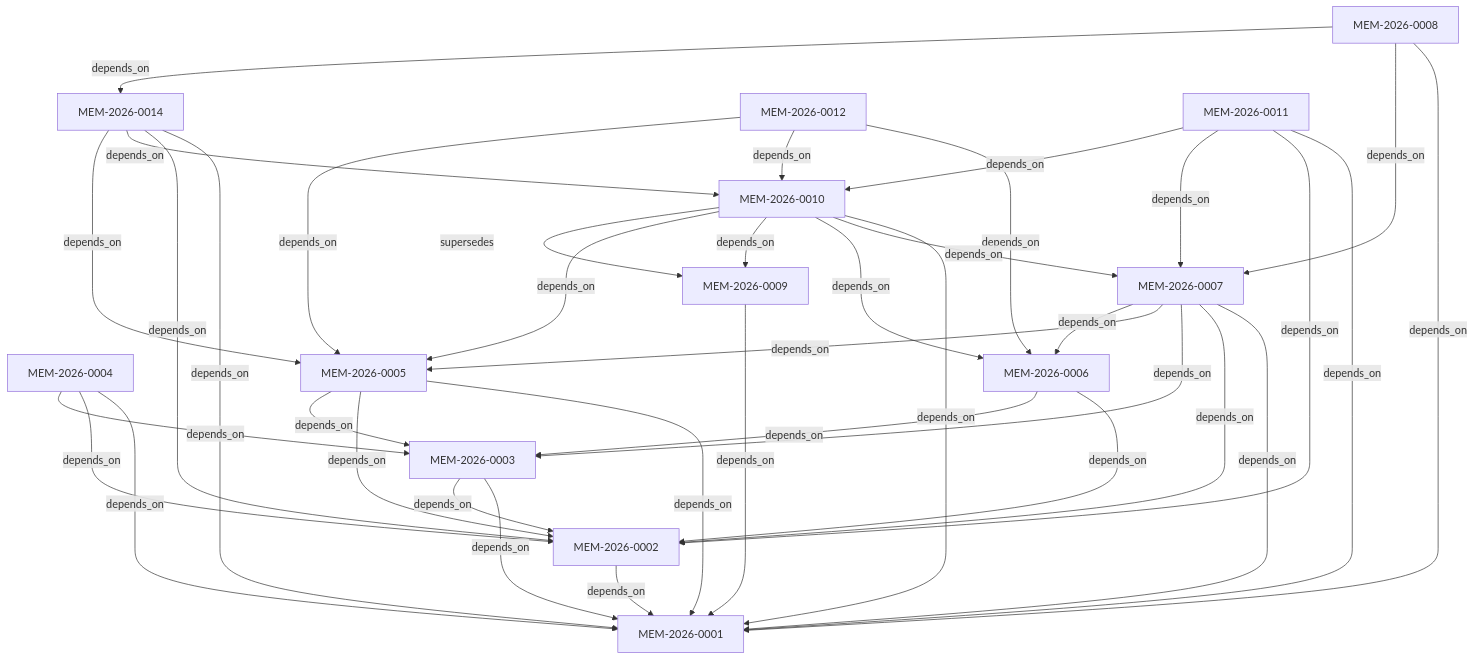
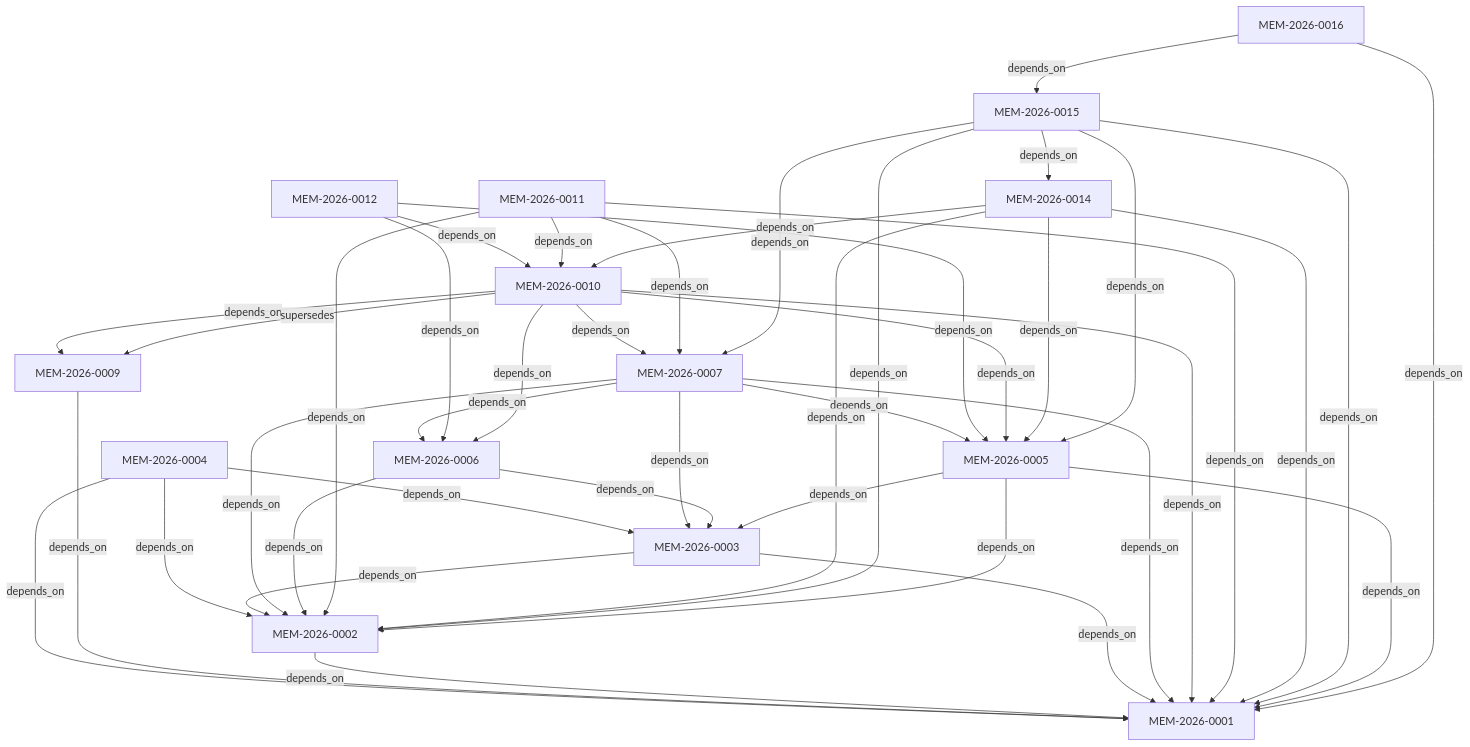
Before and after one commit to joinblue/pi-prism: the diagram in memory/codex/CONTEXT_MAP.md, drawn with Mermaid. The commit also changed other lines of this file and 18 other files, not shown here.

Commit message:
feat(library-wiki & router): dual-track wiki schema, bidirectional graph, seamless read offload, custom-models & private map

````diff
--- a/memory/codex/CONTEXT_MAP.md
+++ b/memory/codex/CONTEXT_MAP.md
@@ -58,40 +64,44 @@
 ```mermaid
 flowchart TD
-    MEM_2026_0008["MEM-2026-0008"] -->|"depends_on"| MEM_2026_0001["MEM-2026-0001"]
-    MEM_2026_0008["MEM-2026-0008"] -->|"depends_on"| MEM_2026_0007["MEM-2026-0007"]
-    MEM_2026_0008["MEM-2026-0008"] -->|"depends_on"| MEM_2026_0014["MEM-2026-0014"]
     MEM_2026_0004["MEM-2026-0004"] -->|"depends_on"| MEM_2026_0001["MEM-2026-0001"]
     MEM_2026_0004["MEM-2026-0004"] -->|"depends_on"| MEM_2026_0002["MEM-2026-0002"]
     MEM_2026_0004["MEM-2026-0004"] -->|"depends_on"| MEM_2026_0003["MEM-2026-0003"]
     MEM_2026_0009["MEM-2026-0009"] -->|"depends_on"| MEM_2026_0001["MEM-2026-0001"]
     MEM_2026_0002["MEM-2026-0002"] -->|"depends_on"| MEM_2026_0001["MEM-2026-0001"]
     MEM_2026_0003["MEM-2026-0003"] -->|"depends_on"| MEM_2026_0001["MEM-2026-0001"]
     MEM_2026_0003["MEM-2026-0003"] -->|"depends_on"| MEM_2026_0002["MEM-2026-0002"]
     MEM_2026_0007["MEM-2026-0007"] -->|"depends_on"| MEM_2026_0001["MEM-2026-0001"]
     MEM_2026_0007["MEM-2026-0007"] -->|"depends_on"| MEM_2026_0002["MEM-2026-0002"]
     MEM_2026_0007["MEM-2026-0007"] -->|"depends_on"| MEM_2026_0003["MEM-2026-0003"]
     MEM_2026_0007["MEM-2026-0007"] -->|"depends_on"| MEM_2026_0005["MEM-2026-0005"]
     MEM_2026_0007["MEM-2026-0007"] -->|"depends_on"| MEM_2026_0006["MEM-2026-0006"]
     MEM_2026_0006["MEM-2026-0006"] -->|"depends_on"| MEM_2026_0002["MEM-2026-0002"]
     MEM_2026_0006["MEM-2026-0006"] -->|"depends_on"| MEM_2026_0003["MEM-2026-0003"]
     MEM_2026_0012["MEM-2026-0012"] -->|"depends_on"| MEM_2026_0006["MEM-2026-0006"]
     MEM_2026_0012["MEM-2026-0012"] -->|"depends_on"| MEM_2026_0010["MEM-2026-0010"]
     MEM_2026_0012["MEM-2026-0012"] -->|"depends_on"| MEM_2026_0005["MEM-2026-0005"]
     MEM_2026_0010["MEM-2026-0010"] -->|"depends_on"| MEM_2026_0001["MEM-2026-0001"]
     MEM_2026_0010["MEM-2026-0010"] -->|"depends_on"| MEM_2026_0007["MEM-2026-0007"]
     MEM_2026_0010["MEM-2026-0010"] -->|"depends_on"| MEM_2026_0006["MEM-2026-0006"]
     MEM_2026_0010["MEM-2026-0010"] -->|"depends_on"| MEM_2026_0009["MEM-2026-0009"]
     MEM_2026_0010["MEM-2026-0010"] -->|"depends_on"| MEM_2026_0005["MEM-2026-0005"]
     MEM_2026_0011["MEM-2026-0011"] -->|"depends_on"| MEM_2026_0001["MEM-2026-0001"]
     MEM_2026_0011["MEM-2026-0011"] -->|"depends_on"| MEM_2026_0002["MEM-2026-0002"]
     MEM_2026_0011["MEM-2026-0011"] -->|"depends_on"| MEM_2026_0007["MEM-2026-0007"]
     MEM_2026_0011["MEM-2026-0011"] -->|"depends_on"| MEM_2026_0010["MEM-2026-0010"]
     MEM_2026_0014["MEM-2026-0014"] -->|"depends_on"| MEM_2026_0001["MEM-2026-0001"]
     MEM_2026_0014["MEM-2026-0014"] -->|"depends_on"| MEM_2026_0002["MEM-2026-0002"]
     MEM_2026_0014["MEM-2026-0014"] -->|"depends_on"| MEM_2026_0010["MEM-2026-0010"]
     MEM_2026_0014["MEM-2026-0014"] -->|"depends_on"| MEM_2026_0005["MEM-2026-0005"]
+    MEM_2026_0015["MEM-2026-0015"] -->|"depends_on"| MEM_2026_0001["MEM-2026-0001"]
+    MEM_2026_0015["MEM-2026-0015"] -->|"depends_on"| MEM_2026_0002["MEM-2026-0002"]
+    MEM_2026_0015["MEM-2026-0015"] -->|"depends_on"| MEM_2026_0007["MEM-2026-0007"]
+    MEM_2026_0015["MEM-2026-0015"] -->|"depends_on"| MEM_2026_0014["MEM-2026-0014"]
+    MEM_2026_0015["MEM-2026-0015"] -->|"depends_on"| MEM_2026_0005["MEM-2026-0005"]
     MEM_2026_0005["MEM-2026-0005"] -->|"depends_on"| MEM_2026_0001["MEM-2026-0001"]
     MEM_2026_0005["MEM-2026-0005"] -->|"depends_on"| MEM_2026_0002["MEM-2026-0002"]
     MEM_2026_0005["MEM-2026-0005"] -->|"depends_on"| MEM_2026_0003["MEM-2026-0003"]
+    MEM_2026_0016["MEM-2026-0016"] -->|"depends_on"| MEM_2026_0001["MEM-2026-0001"]
+    MEM_2026_0016["MEM-2026-0016"] -->|"depends_on"| MEM_2026_0015["MEM-2026-0015"]
     MEM_2026_0010["MEM-2026-0010"] -->|"supersedes"| MEM_2026_0009["MEM-2026-0009"]
 ```
````
